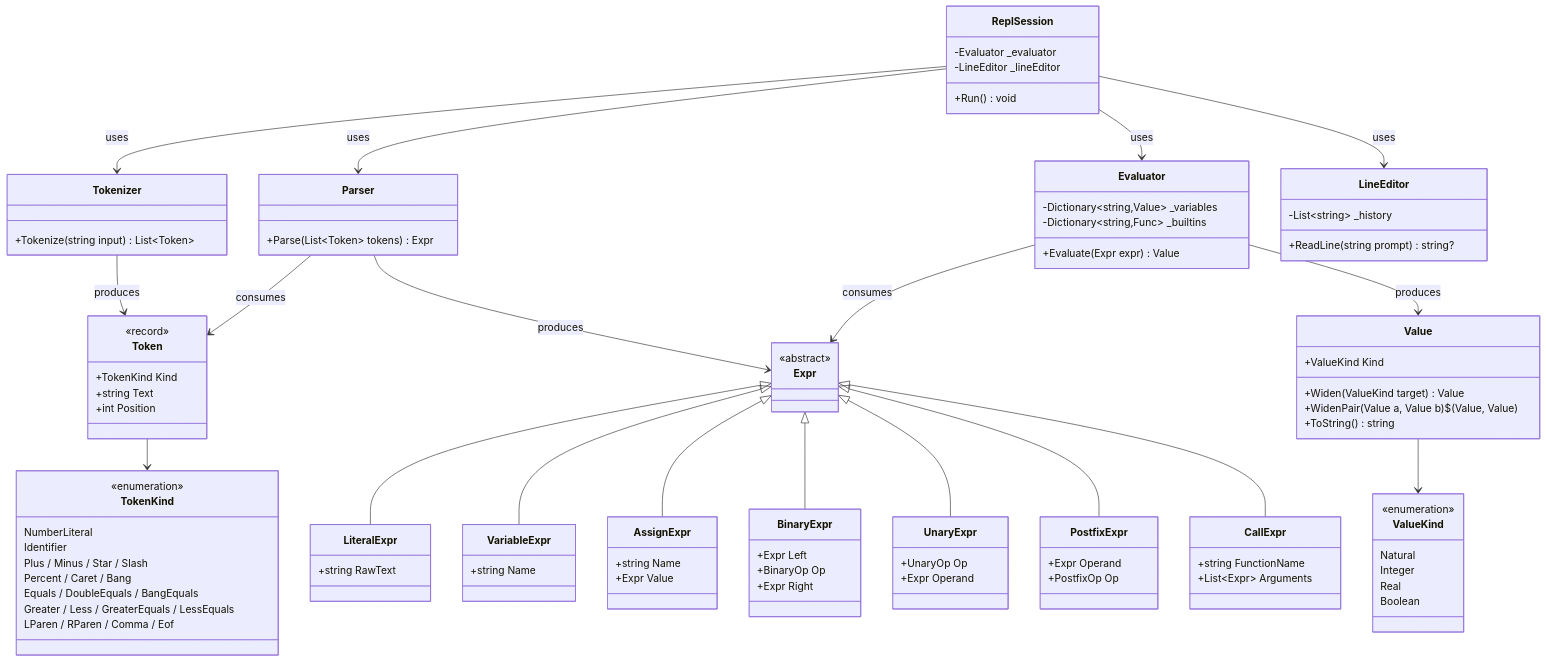
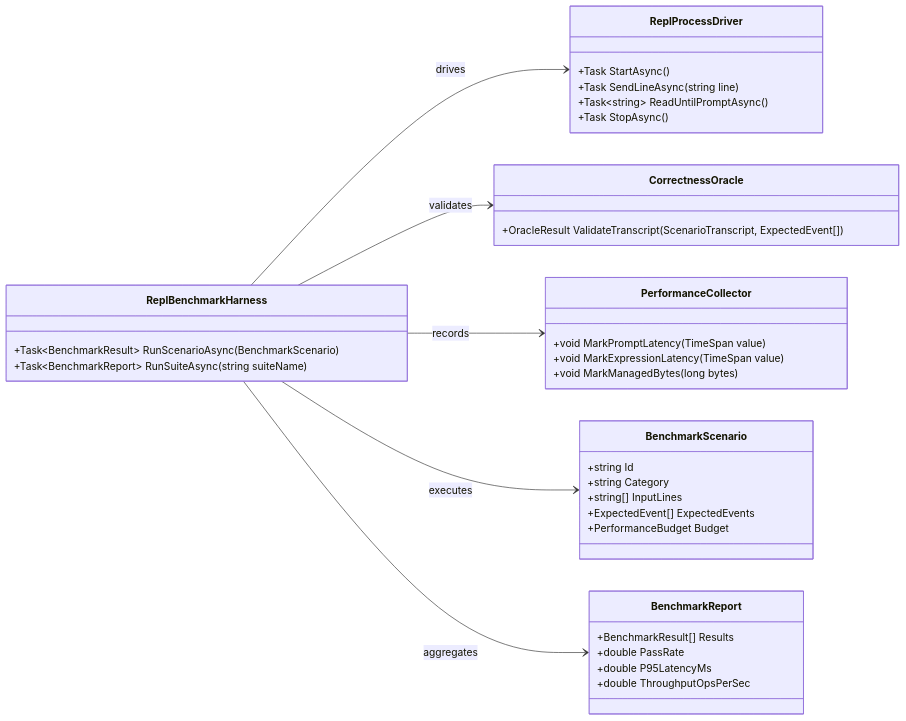
Before and after one commit to jjackbauer/LovelaceSharp: the diagram in .github/requirements/Lovelace.Console.md, drawn with Mermaid. The commit also changed other lines of this file and 87 other files, not shown here.

````diff
--- a/.github/requirements/Lovelace.Console.md
+++ b/.github/requirements/Lovelace.Console.md
@@ -18,120 +25,47 @@
 ```mermaid
 classDiagram
-    direction TB
+    direction LR
 
-    class ValueKind {
-        <<enumeration>>
-        Natural
-        Integer
-        Real
-        Boolean
+    class BenchmarkScenario {
+        +string Id
+        +string Category
+        +string[] InputLines
+        +ExpectedEvent[] ExpectedEvents
+        +PerformanceBudget Budget
     }
 
-    class Value {
-        +ValueKind Kind
-        +Widen(ValueKind target) Value
-        +WidenPair(Value a, Value b)$ (Value, Value)
-        +ToString() string
+    class ReplBenchmarkHarness {
+        +Task~BenchmarkResult~ RunScenarioAsync(BenchmarkScenario)
+        +Task~BenchmarkReport~ RunSuiteAsync(string suiteName)
     }
 
-    class TokenKind {
-        <<enumeration>>
-        NumberLiteral
-        Identifier
-        Plus / Minus / Star / Slash
-        Percent / Caret / Bang
-        Equals / DoubleEquals / BangEquals
-        Greater / Less / GreaterEquals / LessEquals
-        LParen / RParen / Comma / Eof
+    class ReplProcessDriver {
+        +Task StartAsync()
+        +Task SendLineAsync(string line)
+        +Task~string~ ReadUntilPromptAsync()
+        +Task StopAsync()
     }
 
-    class Token {
-        <<record>>
-        +TokenKind Kind
-        +string Text
-        +int Position
+    class CorrectnessOracle {
+        +OracleResult ValidateTranscript(ScenarioTranscript, ExpectedEvent[])
     }
 
-    class Tokenizer {
-        +Tokenize(string input) List~Token~
+    class PerformanceCollector {
+        +void MarkPromptLatency(TimeSpan value)
+        +void MarkExpressionLatency(TimeSpan value)
+        +void MarkManagedBytes(long bytes)
     }
 
-    class Expr {
-        <<abstract>>
+    class BenchmarkReport {
+        +BenchmarkResult[] Results
+        +double PassRate
+        +double P95LatencyMs
+        +double ThroughputOpsPerSec
     }
 
-    class LiteralExpr {
-        +string RawText
-    }
-
-    class VariableExpr {
-        +string Name
-    }
-
-    class AssignExpr {
-        +string Name
-        +Expr Value
-    }
-
-    class BinaryExpr {
-        +Expr Left
-        +BinaryOp Op
-        +Expr Right
-    }
-
-    class UnaryExpr {
-        +UnaryOp Op
-        +Expr Operand
-    }
-
-    class PostfixExpr {
-        +Expr Operand
-        +PostfixOp Op
-    }
-
-    class CallExpr {
-        +string FunctionName
-        +List~Expr~ Arguments
-    }
-
-    class Parser {
-        +Parse(List~Token~ tokens) Expr
-    }
-
-    class Evaluator {
-        -Dictionary~string,Value~ _variables
-        -Dictionary~string,Func~ _builtins
-        +Evaluate(Expr expr) Value
-    }
-
-    class LineEditor {
-        -List~string~ _history
-        +ReadLine(string prompt) string?
-    }
-
-    class ReplSession {
-        -Evaluator _evaluator
-        -LineEditor _lineEditor
-        +Run() void
-    }
-
-    Expr <|-- LiteralExpr
-    Expr <|-- VariableExpr
-    Expr <|-- AssignExpr
-    Expr <|-- BinaryExpr
-    Expr <|-- UnaryExpr
-    Expr <|-- PostfixExpr
-    Expr <|-- CallExpr
-
-    Value --> ValueKind
-    Token --> TokenKind
-    Tokenizer --> Token : produces
-    Parser --> Expr : produces
-    Parser --> Token : consumes
-    Evaluator --> Value : produces
-    Evaluator --> Expr : consumes
-    ReplSession --> Tokenizer : uses
-    ReplSession --> Parser : uses
-    ReplSession --> Evaluator : uses
-    ReplSession --> LineEditor : uses
+    ReplBenchmarkHarness --> ReplProcessDriver : drives
+    ReplBenchmarkHarness --> CorrectnessOracle : validates
+    ReplBenchmarkHarness --> PerformanceCollector : records
+    ReplBenchmarkHarness --> BenchmarkScenario : executes
+    ReplBenchmarkHarness --> BenchmarkReport : aggregates
 ```
````
